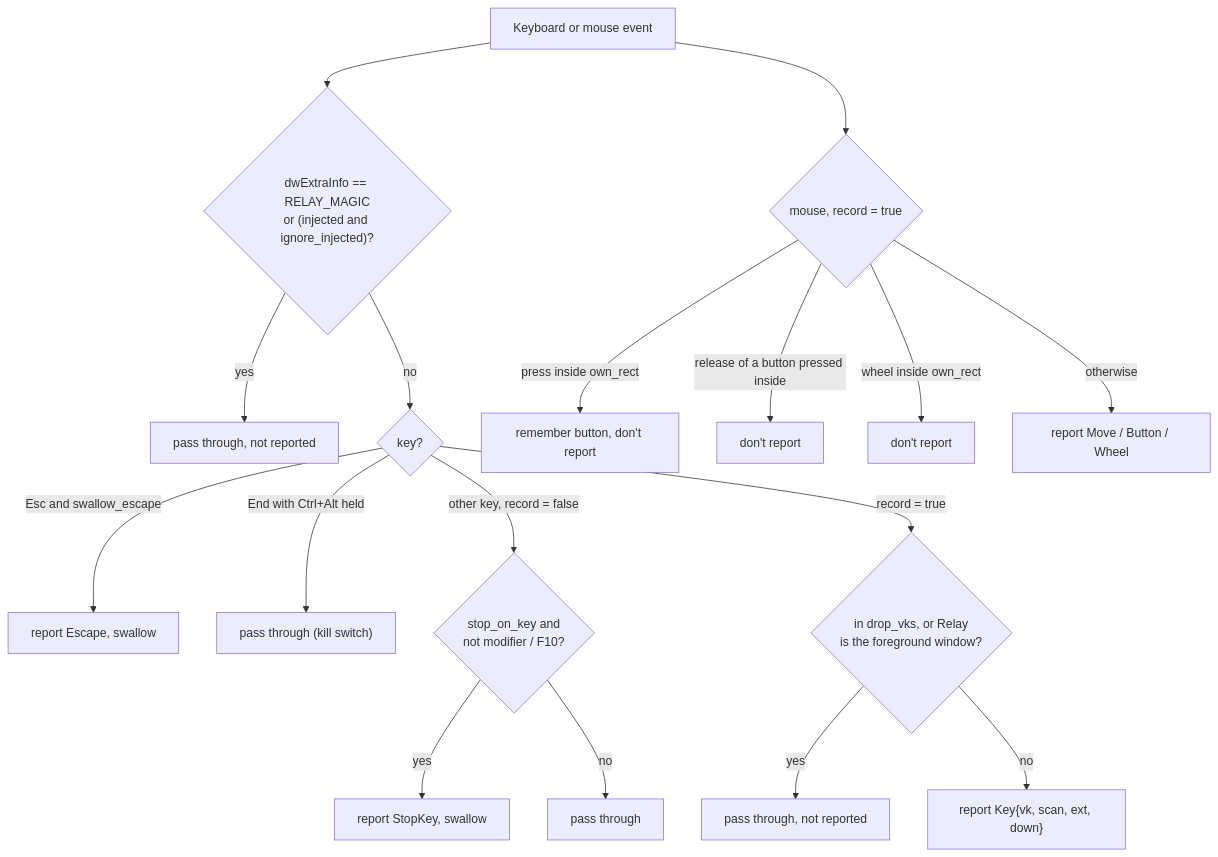
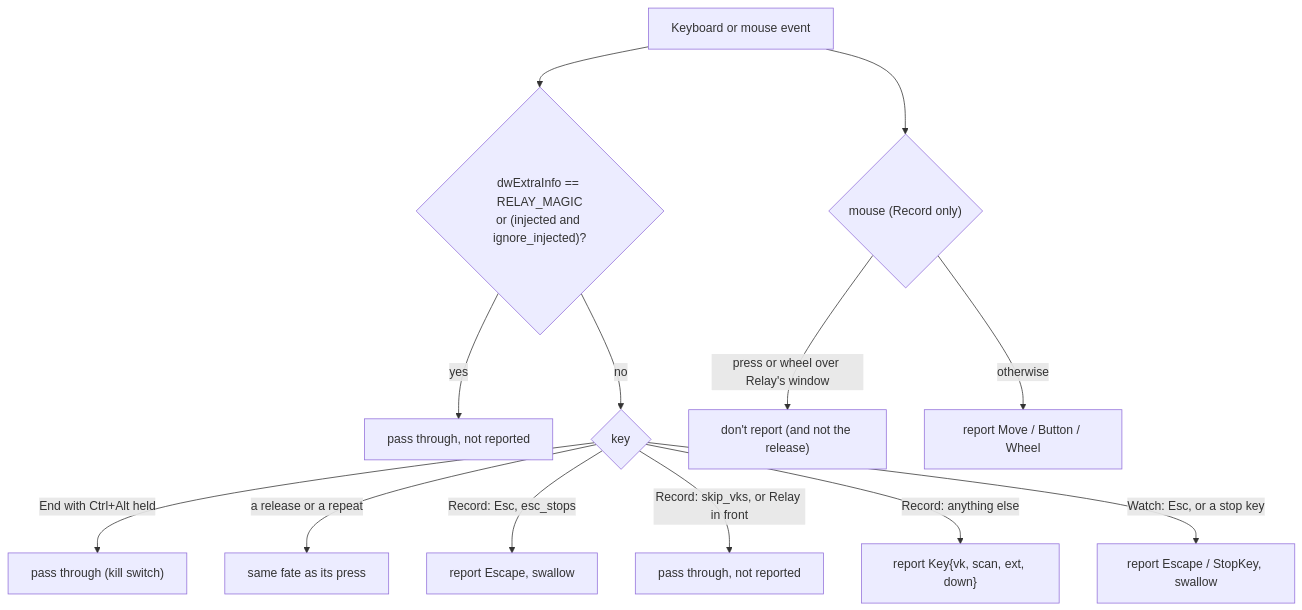
Before and after one commit to HappyRave/Relay: the diagram in docs/engineering/platform.md, drawn with Mermaid. The commit also changed other lines of this file and 8 other files, not shown here.

Commit message:
docs: the refactored architecture (hotkeys on the main thread, playback generations, hook press tracking, async-result guards, and more)

````diff
--- a/docs/engineering/platform.md
+++ b/docs/engineering/platform.md
@@ -59,19 +72,15 @@
 ```mermaid
 flowchart TD
     E["Keyboard or mouse event"] --> M{"dwExtraInfo == RELAY_MAGIC<br/>or (injected and ignore_injected)?"}
     M -- yes --> P1["pass through, not reported"]
-    M -- no --> K{"key?"}
-    K -- "Esc and swallow_escape" --> S1["report Escape, swallow"]
+    M -- no --> K{"key"}
     K -- "End with Ctrl+Alt held" --> P2["pass through (kill switch)"]
-    K -- "other key, record = false" --> SK{"stop_on_key and<br/>not modifier / F10?"}
-    SK -- yes --> S2["report StopKey, swallow"]
-    SK -- no --> P3["pass through"]
-    K -- "record = true" --> R1{"in drop_vks, or Relay<br/>is the foreground window?"}
-    R1 -- yes --> P4["pass through, not reported"]
-    R1 -- no --> OUT["report Key{vk, scan, ext, down}"]
-    E --> MO{"mouse, record = true"}
-    MO -- "press inside own_rect" --> I["remember button, don't report"]
-    MO -- "release of a button pressed inside" --> I2["don't report"]
-    MO -- "wheel inside own_rect" --> I3["don't report"]
-    MO -- otherwise --> OUT2["report Move / Button / Wheel"]
+    K -- "a release or a repeat" --> F["same fate as its press"]
+    K -- "Record: Esc, esc_stops" --> S1["report Escape, swallow"]
+    K -- "Record: skip_vks, or Relay in front" --> P3["pass through, not reported"]
+    K -- "Record: anything else" --> R["report Key{vk, scan, ext, down}"]
+    K -- "Watch: Esc, or a stop key" --> S2["report Escape / StopKey, swallow"]
+    E --> MO{"mouse (Record only)"}
+    MO -- "press or wheel over Relay's window" --> I["don't report (and not the release)"]
+    MO -- otherwise --> OUT["report Move / Button / Wheel"]
 ```
````
